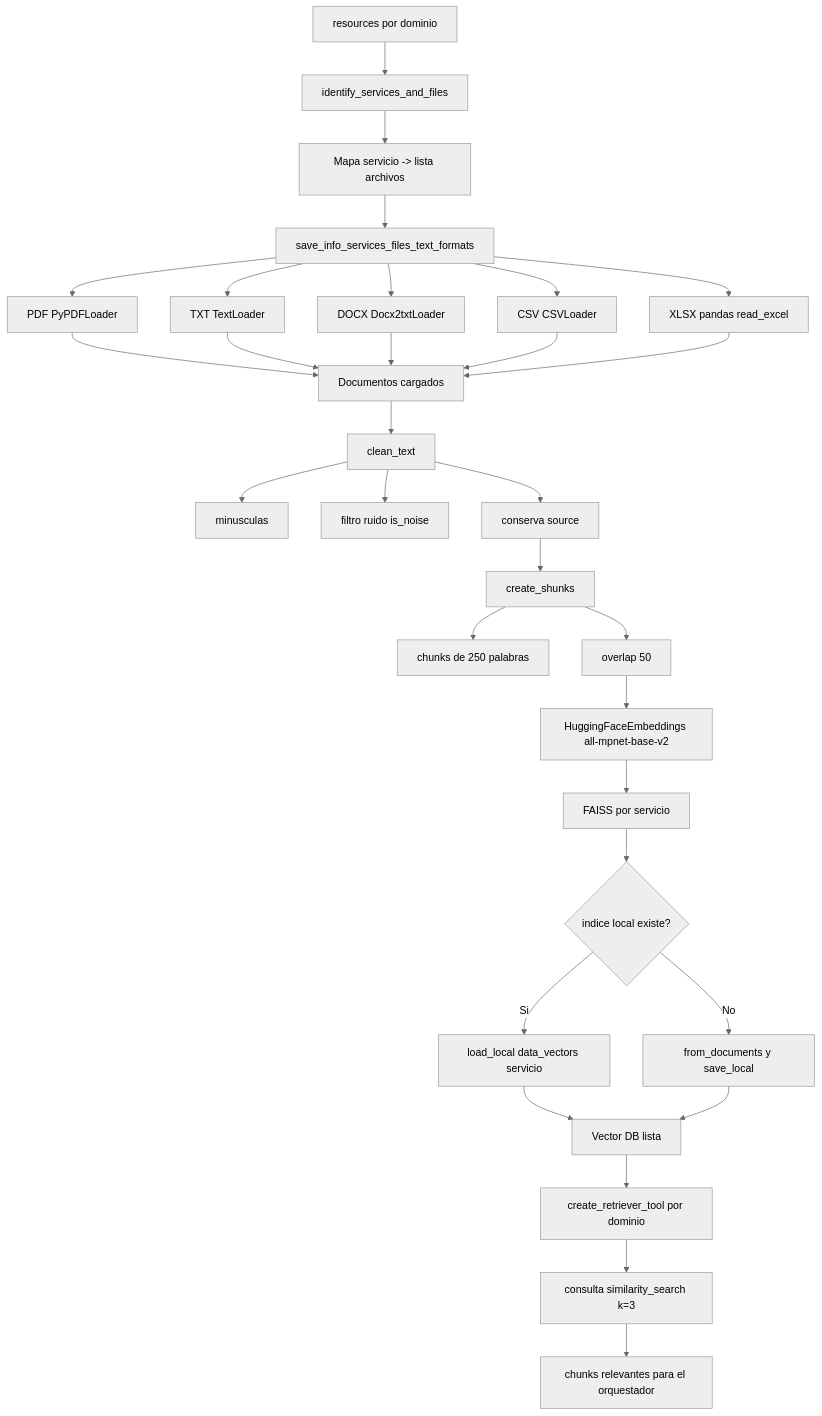
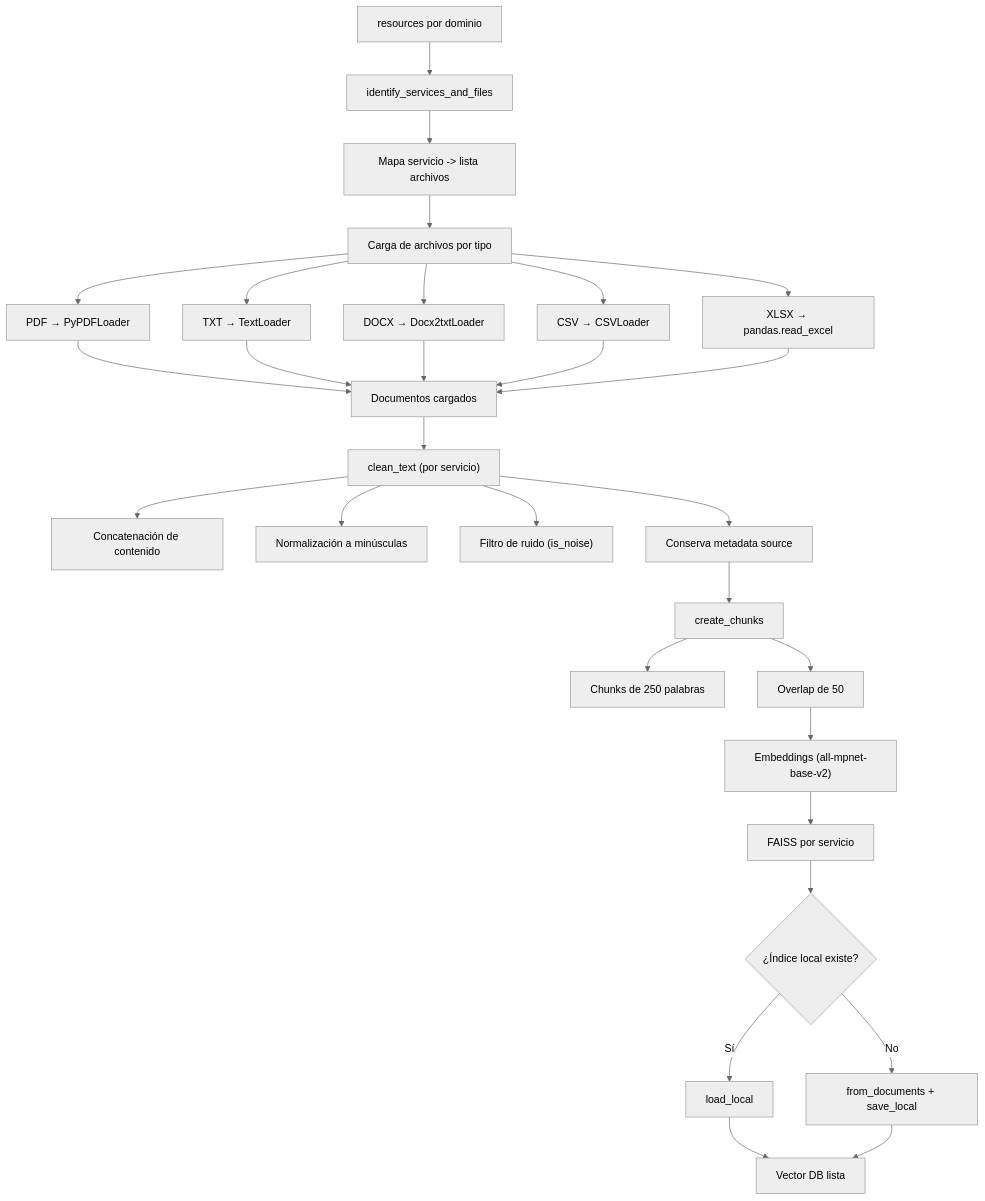
Before and after one commit to JhonOlave03/pruebarag_bb: the diagram in doc/rag_processing_flow.md, drawn with Mermaid (neutral theme). The commit also changed 17 other files, not shown here.

Commit message:
Documentación, Diagramas de flujos, sistema de logs, modificación de prompt, etc

````diff
--- a/doc/rag_processing_flow.md
+++ b/doc/rag_processing_flow.md
@@ -3,41 +3,43 @@
 ```mermaid
 flowchart TD
-    A[resources por dominio] --> B[identify_services_and_files]
-    B --> C[Mapa servicio -> lista archivos]
+    A["resources por dominio"] --> B["identify_services_and_files"]
+    B --> C["Mapa servicio -> lista archivos"]
 
-    C --> D[save_info_services_files_text_formats]
-    D --> D1[PDF PyPDFLoader]
-    D --> D2[TXT TextLoader]
-    D --> D3[DOCX Docx2txtLoader]
-    D --> D4[CSV CSVLoader]
-    D --> D5[XLSX pandas read_excel]
+    C --> D["Carga de archivos por tipo"]
 
-    D1 --> E[Documentos cargados]
+    D --> D1["PDF → PyPDFLoader"]
+    D --> D2["TXT → TextLoader"]
+    D --> D3["DOCX → Docx2txtLoader"]
+    D --> D4["CSV → CSVLoader"]
+    D --> D5["XLSX → pandas.read_excel"]
+
+    D1 --> E["Documentos cargados"]
     D2 --> E
     D3 --> E
     D4 --> E
     D5 --> E
 
-    E --> F[clean_text]
-    F --> F1[minusculas]
-    F --> F2[filtro ruido is_noise]
-    F --> F3[conserva source]
+    E --> F["clean_text (por servicio)"]
 
-    F3 --> G[create_shunks]
-    G --> G1[chunks de 250 palabras]
-    G --> G2[overlap 50]
+    F --> F1["Concatenación de contenido"]
+    F --> F2["Normalización a minúsculas"]
+    F --> F3["Filtro de ruido (is_noise)"]
+    F --> F4["Conserva metadata source"]
 
-    G2 --> H[HuggingFaceEmbeddings all-mpnet-base-v2]
-    H --> I[FAISS por servicio]
+    F4 --> G["create_chunks"]
 
-    I --> J{indice local existe?}
-    J -- Si --> K[load_local data_vectors servicio]
-    J -- No --> L[from_documents y save_local]
+    G --> G1["Chunks de 250 palabras"]
+    G --> G2["Overlap de 50"]
 
-    K --> M[Vector DB lista]
+    G2 --> H["Embeddings (all-mpnet-base-v2)"]
+
+    H --> I["FAISS por servicio"]
+
+    I --> J{"¿Índice local existe?"}
+
+    J -- "Sí" --> K["load_local"]
+    J -- "No" --> L["from_documents + save_local"]
+
+    K --> M["Vector DB lista"]
     L --> M
-
-    M --> N[create_retriever_tool por dominio]
-    N --> O[consulta similarity_search k=3]
-    O --> P[chunks relevantes para el orquestador]
 ```
````
